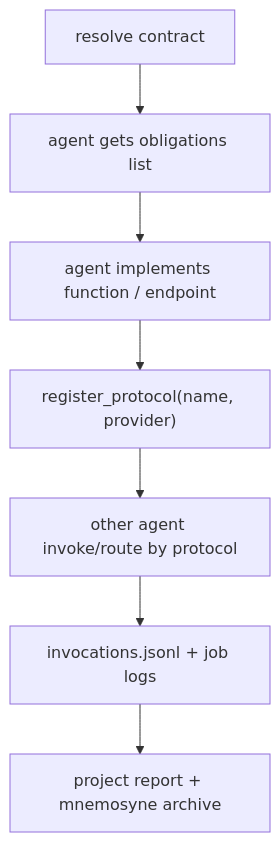
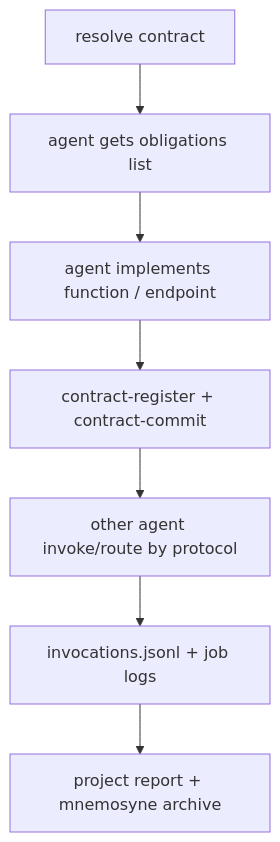
One commit to Lands54/Pantheon changed diagram 21 of 26 in docs/ARCHITECTURE_MERMAID.md. Above: the diagram before and after it, drawn with Mermaid. The commit also changed other lines of this file and 89 other files, not shown here.

Commit message:
refactor: remove compatibility tracks and align docs to single-track architecture

````diff
--- a/docs/ARCHITECTURE_MERMAID.md
+++ b/docs/ARCHITECTURE_MERMAID.md
@@ -316,9 +314,9 @@
 ```mermaid
 flowchart TD
     Resolve["resolve contract"] --> Plan["agent gets obligations list"]
     Plan --> Impl["agent implements function / endpoint"]
-    Impl --> Proto["register_protocol(name, provider)"]
+    Impl --> Proto["contract-register + contract-commit"]
     Proto --> Invoke["other agent invoke/route by protocol"]
     Invoke --> Audit["invocations.jsonl + job logs"]
     Audit --> Report["project report + mnemosyne archive"]
 ```
````
